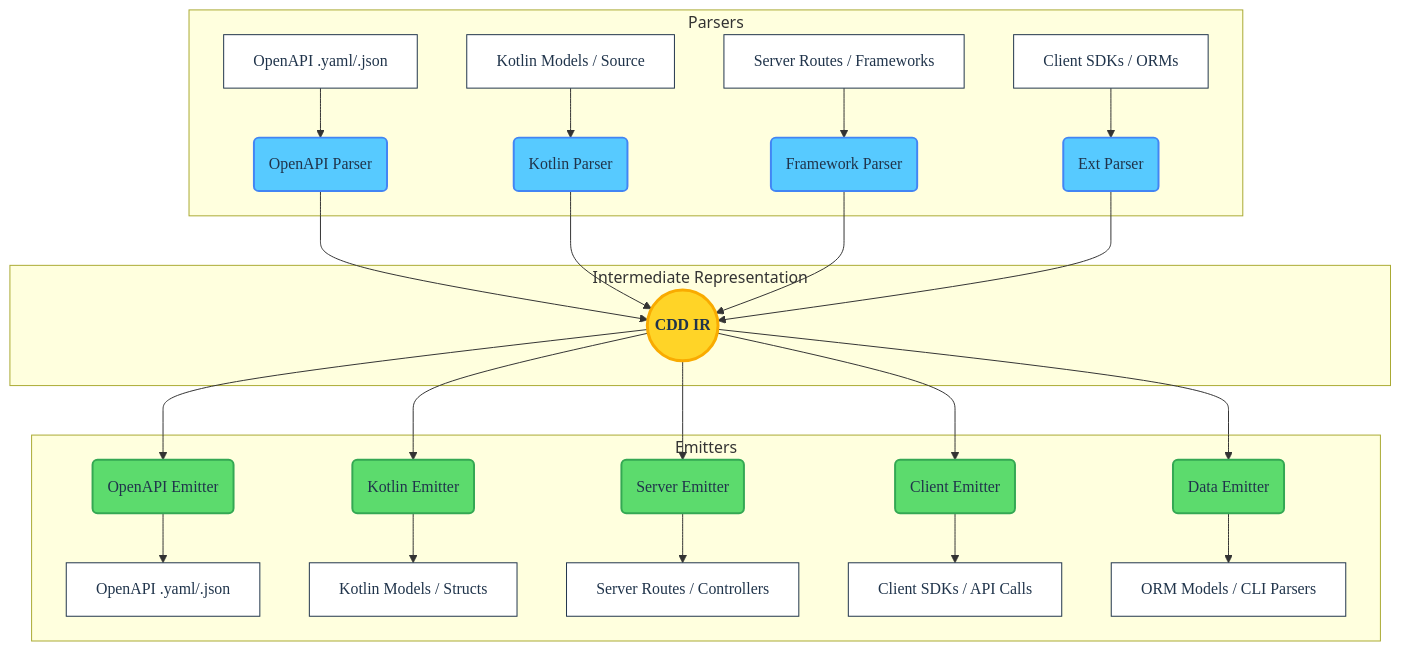
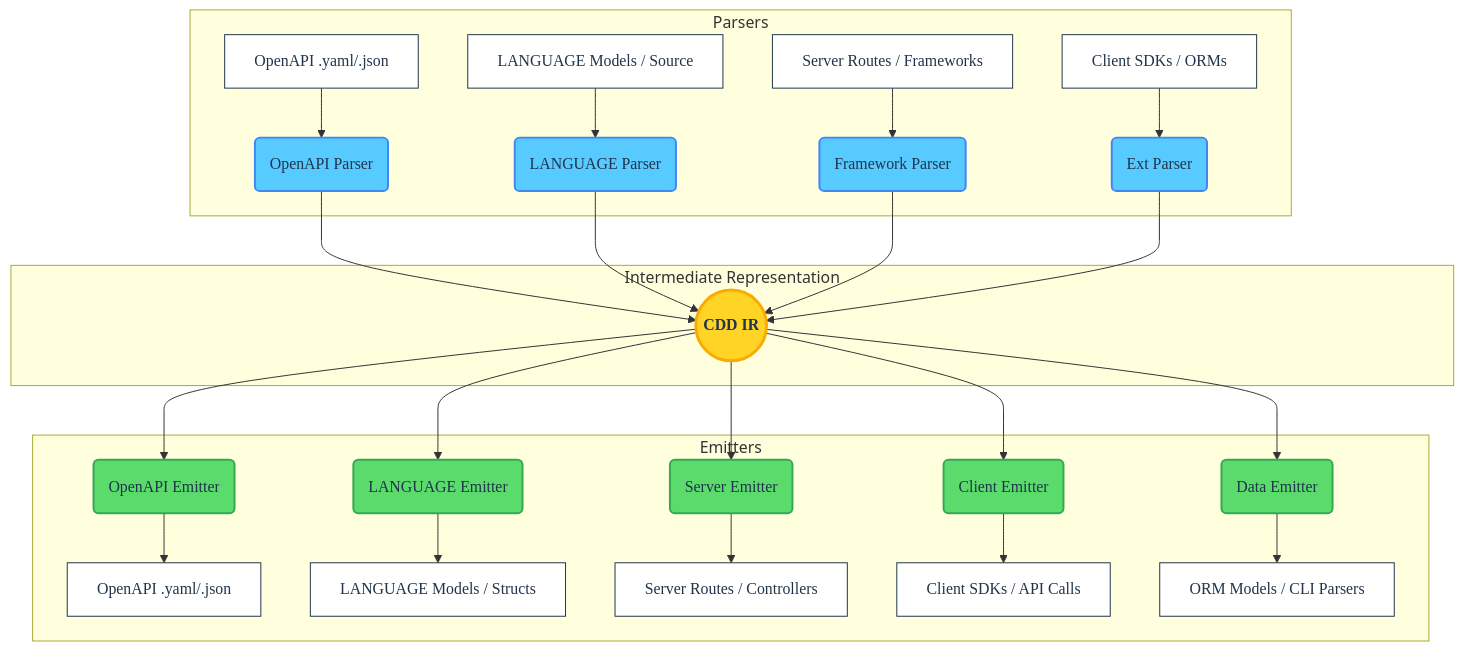
The diagram in ARCHITECTURE.md (offscale/cdd-kotlin), drawn with Mermaid before and after one commit. The commit also changed other lines of this file and 28 other files, not shown here.

````diff
--- a/ARCHITECTURE.md
+++ b/ARCHITECTURE.md
@@ -16,38 +16,38 @@
 ```mermaid
 graph TD
     %% Styling Definitions
     classDef frontend fill:#57caff,stroke:#4285f4,stroke-width:2px,color:#20344b,font-family:Roboto Mono
     classDef core fill:#ffd427,stroke:#f9ab00,stroke-width:3px,color:#20344b,font-family:Google Sans,font-weight:bold
     classDef backend fill:#5cdb6d,stroke:#34a853,stroke-width:2px,color:#20344b,font-family:Roboto Mono
     classDef endpoint fill:#ffffff,stroke:#20344b,stroke-width:1px,color:#20344b,font-family:Google Sans
 
     subgraph Frontend [Parsers]
         A[OpenAPI .yaml/.json]:::endpoint --> P1(OpenAPI Parser):::frontend
-        B[Kotlin Models / Source]:::endpoint --> P2(Kotlin Parser):::frontend
+        B[LANGUAGE Models / Source]:::endpoint --> P2(LANGUAGE Parser):::frontend
         C[Server Routes / Frameworks]:::endpoint --> P3(Framework Parser):::frontend
         D[Client SDKs / ORMs]:::endpoint --> P4(Ext Parser):::frontend
     end
 
     subgraph Core [Intermediate Representation]
         IR((CDD IR)):::core
     end
 
     subgraph Backend [Emitters]
         E1(OpenAPI Emitter):::backend --> X[OpenAPI .yaml/.json]:::endpoint
-        E2(Kotlin Emitter):::backend --> Y[Kotlin Models / Structs]:::endpoint
+        E2(LANGUAGE Emitter):::backend --> Y[LANGUAGE Models / Structs]:::endpoint
         E3(Server Emitter):::backend --> Z[Server Routes / Controllers]:::endpoint
         E4(Client Emitter):::backend --> W[Client SDKs / API Calls]:::endpoint
         E5(Data Emitter):::backend --> V[ORM Models / CLI Parsers]:::endpoint
     end
 
     P1 --> IR
     P2 --> IR
     P3 --> IR
     P4 --> IR
 
     IR --> E1
     IR --> E2
     IR --> E3
     IR --> E4
     IR --> E5
 ```
````
